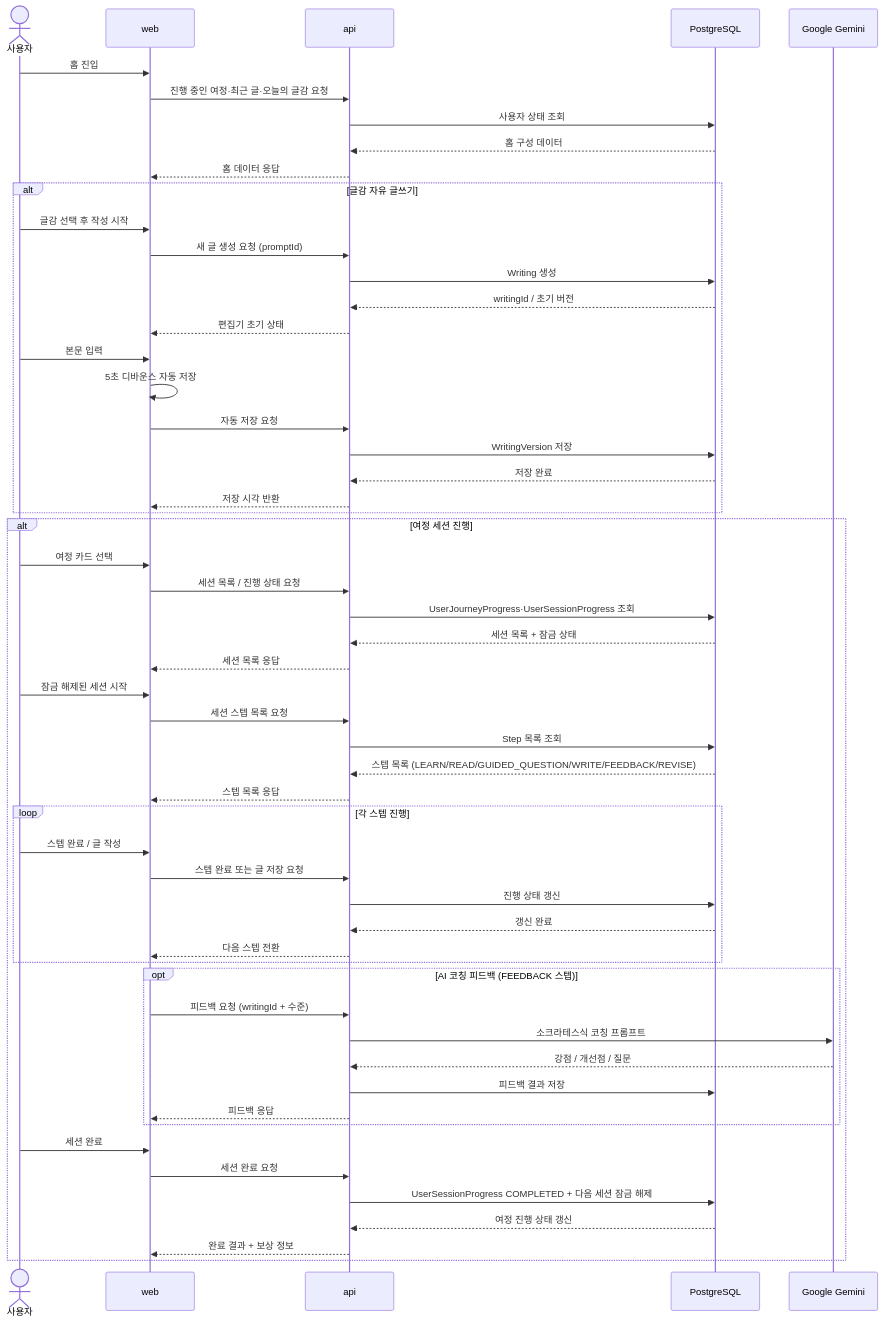
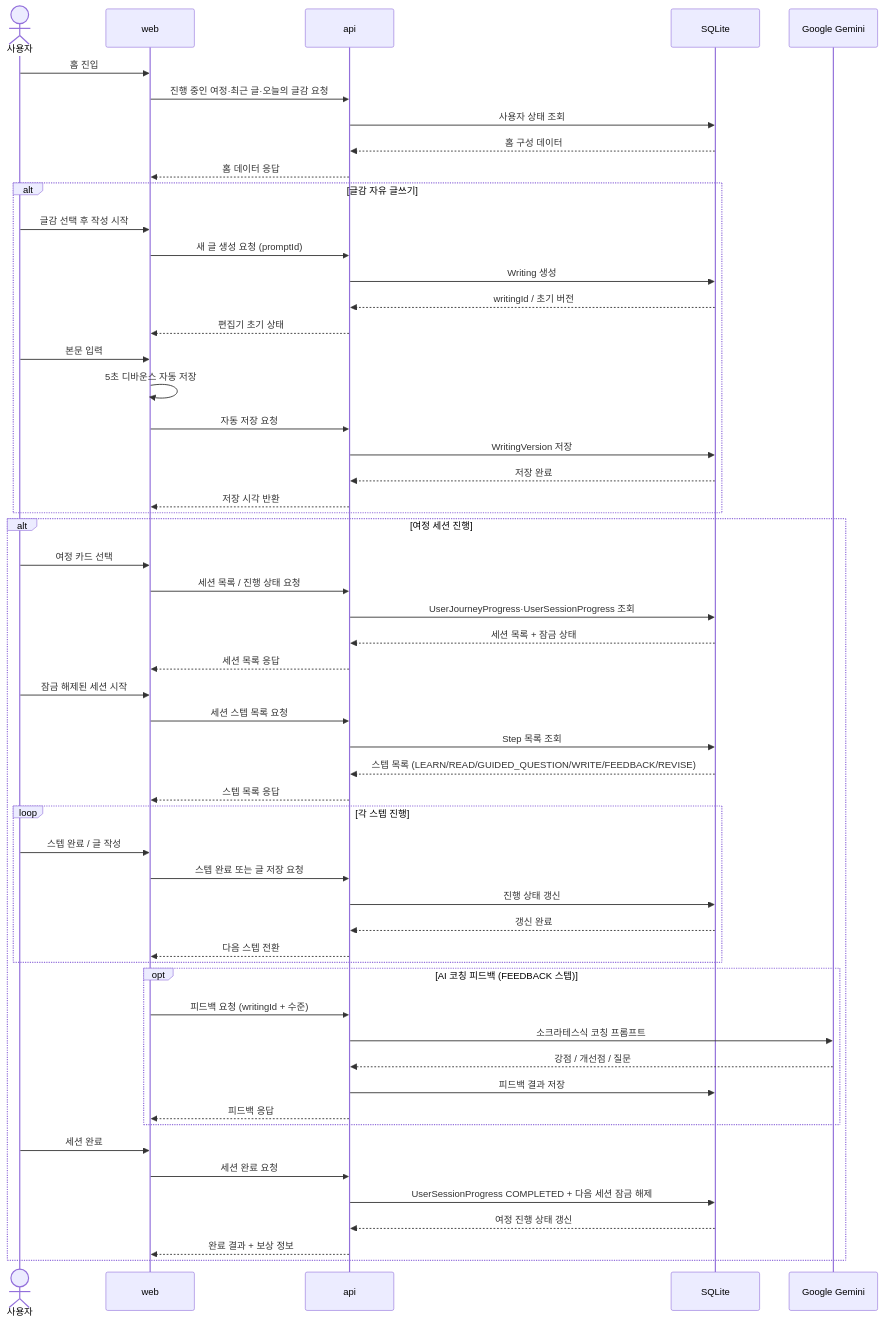
The diagram in docs/03-architecture/diagrams/writing-runtime-flow.md (qaws7791/writing-app), drawn with Mermaid before and after one commit. The commit also changed 20 other files, not shown here.

````diff
--- a/docs/03-architecture/diagrams/writing-runtime-flow.md
+++ b/docs/03-architecture/diagrams/writing-runtime-flow.md
@@ -10,65 +10,65 @@
 ```mermaid
 sequenceDiagram
     actor User as 사용자
     participant Web as web
     participant API as api
-    participant DB as PostgreSQL
+    participant DB as SQLite
     participant AI as Google Gemini
 
     User->>Web: 홈 진입
     Web->>API: 진행 중인 여정·최근 글·오늘의 글감 요청
     API->>DB: 사용자 상태 조회
     DB-->>API: 홈 구성 데이터
     API-->>Web: 홈 데이터 응답
 
     alt 글감 자유 글쓰기
         User->>Web: 글감 선택 후 작성 시작
         Web->>API: 새 글 생성 요청 (promptId)
         API->>DB: Writing 생성
         DB-->>API: writingId / 초기 버전
         API-->>Web: 편집기 초기 상태
 
         User->>Web: 본문 입력
         Web->>Web: 5초 디바운스 자동 저장
         Web->>API: 자동 저장 요청
         API->>DB: WritingVersion 저장
         DB-->>API: 저장 완료
         API-->>Web: 저장 시각 반환
     end
 
     alt 여정 세션 진행
         User->>Web: 여정 카드 선택
         Web->>API: 세션 목록 / 진행 상태 요청
         API->>DB: UserJourneyProgress·UserSessionProgress 조회
         DB-->>API: 세션 목록 + 잠금 상태
         API-->>Web: 세션 목록 응답
 
         User->>Web: 잠금 해제된 세션 시작
         Web->>API: 세션 스텝 목록 요청
         API->>DB: Step 목록 조회
         DB-->>API: 스텝 목록 (LEARN/READ/GUIDED_QUESTION/WRITE/FEEDBACK/REVISE)
         API-->>Web: 스텝 목록 응답
 
         loop 각 스텝 진행
             User->>Web: 스텝 완료 / 글 작성
             Web->>API: 스텝 완료 또는 글 저장 요청
             API->>DB: 진행 상태 갱신
             DB-->>API: 갱신 완료
             API-->>Web: 다음 스텝 전환
         end
 
         opt AI 코칭 피드백 (FEEDBACK 스텝)
             Web->>API: 피드백 요청 (writingId + 수준)
             API->>AI: 소크라테스식 코칭 프롬프트
             AI-->>API: 강점 / 개선점 / 질문
             API->>DB: 피드백 결과 저장
             API-->>Web: 피드백 응답
         end
 
         User->>Web: 세션 완료
         Web->>API: 세션 완료 요청
         API->>DB: UserSessionProgress COMPLETED + 다음 세션 잠금 해제
         DB-->>API: 여정 진행 상태 갱신
         API-->>Web: 완료 결과 + 보상 정보
     end
 ```
````
